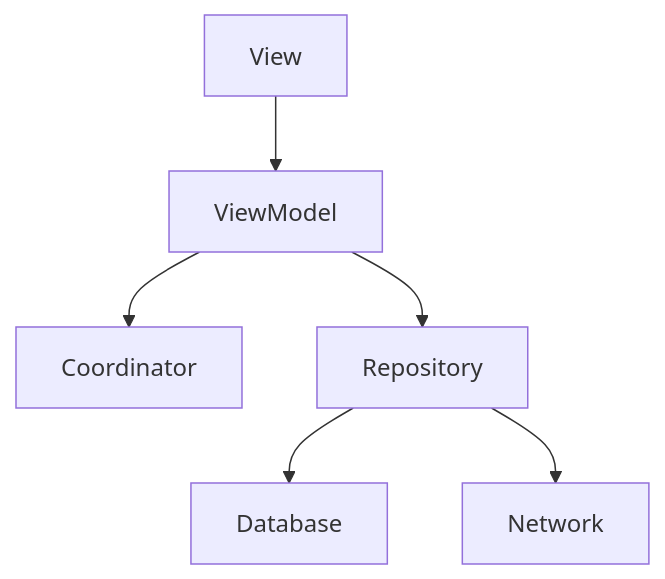
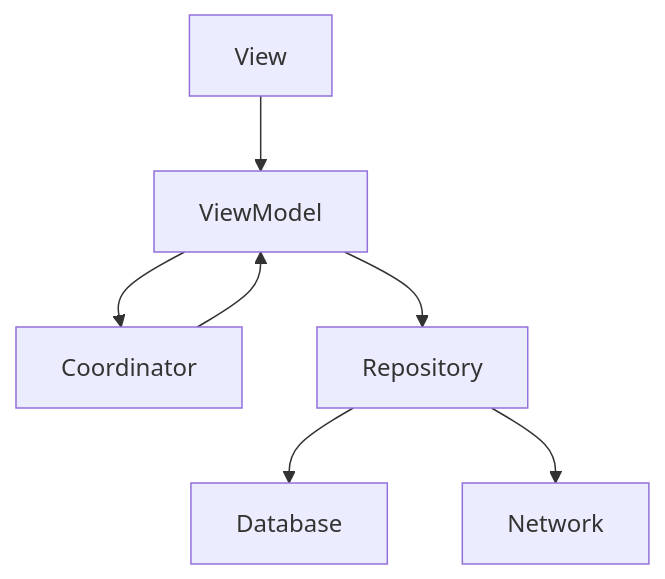
One commit to KhurramIqbal87/MVVM-Clean changed the diagram in README.md. Above: the diagram before and after it, drawn with Mermaid.

````diff
--- a/README.md
+++ b/README.md
@@ -59,8 +59,9 @@
 ```mermaid
 graph TD;
 View-->ViewModel;
 ViewModel-->Coordinator;
+Coordinator-->ViewModel;
 ViewModel-->Repository;
 Repository-->Database;
 Repository-->Network;
 ```
````
